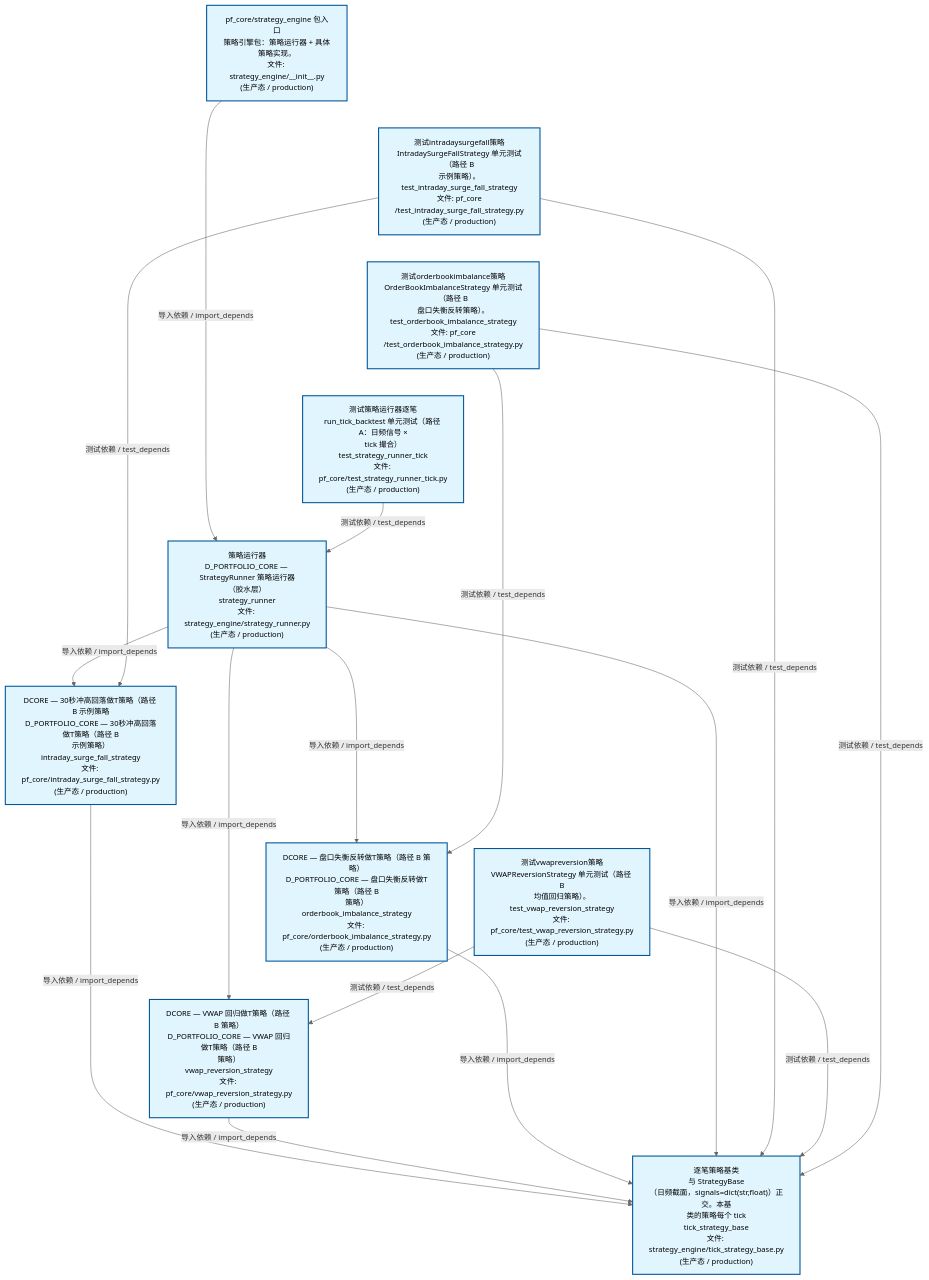
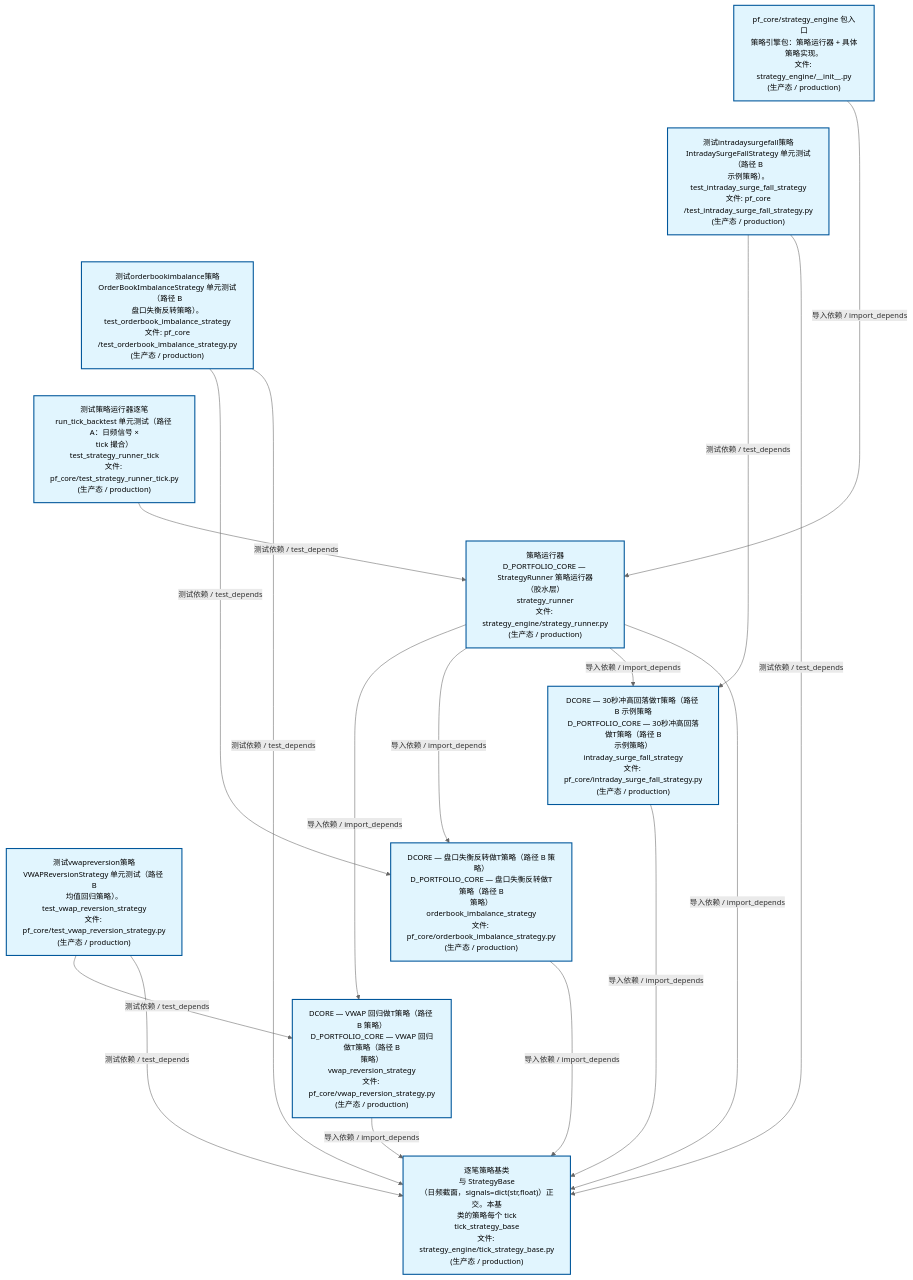
One commit to xuanFelixVan/ZephyrAlpha changed the second of 4 diagrams in docs/02_enterprise_architecture/02_domain_architecture_docs/63_d_pf_core.md. Above: the diagram before and after it, drawn with Mermaid. The commit also changed other lines of this file and 41 other files, not shown here.

````diff
--- a/docs/02_enterprise_architecture/02_domain_architecture_docs/63_d_pf_core.md
+++ b/docs/02_enterprise_architecture/02_domain_architecture_docs/63_d_pf_core.md
@@ -135,40 +135,40 @@
 ```mermaid
 %%{init: {'theme': 'base', 'themeVariables': {'primaryColor': '#eaeaea', 'primaryTextColor': '#333333', 'primaryBorderColor': '#666666', 'lineColor': '#666666', 'secondaryColor': '#eaeaea', 'tertiaryColor': '#eaeaea', 'fontSize': '14px'}}}%%
 flowchart TD
     src_zephyr_pf_core_strategy_engine_init_py["pf_core/strategy_engine 包入口<br/>策略引擎包：策略运行器 + 具体策略实现。<br/>文件: strategy_engine/__init__.py<br/>(生产态 / production)"]
     tests_pf_core_test_intraday_surge_fall_strategy_py["测试intradaysurgefall策略<br/>IntradaySurgeFallStrategy 单元测试（路径 B<br/>示例策略）。<br/>test_intraday_surge_fall_strategy<br/>文件: pf_core<br/>/test_intraday_surge_fall_strategy.py<br/>(生产态 / production)"]
     tests_pf_core_test_orderbook_imbalance_strategy_py["测试orderbookimbalance策略<br/>OrderBookImbalanceStrategy 单元测试（路径 B<br/>盘口失衡反转策略）。<br/>test_orderbook_imbalance_strategy<br/>文件: pf_core<br/>/test_orderbook_imbalance_strategy.py<br/>(生产态 / production)"]
     tests_pf_core_test_strategy_runner_tick_py["测试策略运行器逐笔<br/>run_tick_backtest 单元测试（路径 A：日频信号 ×<br/>tick 撮合）<br/>test_strategy_runner_tick<br/>文件: pf_core/test_strategy_runner_tick.py<br/>(生产态 / production)"]
     tests_pf_core_test_vwap_reversion_strategy_py["测试vwapreversion策略<br/>VWAPReversionStrategy 单元测试（路径 B<br/>均值回归策略）。<br/>test_vwap_reversion_strategy<br/>文件: pf_core/test_vwap_reversion_strategy.py<br/>(生产态 / production)"]
     src_zephyr_pf_core_strategy_engine_init_py ~~~ tests_pf_core_test_intraday_surge_fall_strategy_py
     tests_pf_core_test_intraday_surge_fall_strategy_py ~~~ tests_pf_core_test_orderbook_imbalance_strategy_py
     tests_pf_core_test_orderbook_imbalance_strategy_py ~~~ tests_pf_core_test_strategy_runner_tick_py
     tests_pf_core_test_strategy_runner_tick_py ~~~ tests_pf_core_test_vwap_reversion_strategy_py
     src_zephyr_pf_core_strategy_engine_strategy_runner_py["策略运行器<br/>D_PORTFOLIO_CORE — StrategyRunner 策略运行器<br/>（胶水层）<br/>strategy_runner<br/>文件: strategy_engine/strategy_runner.py<br/>(生产态 / production)"]
     src_zephyr_pf_core_intraday_surge_fall_strategy_py["DCORE — 30秒冲高回落做T策略（路径 B 示例策略<br/>D_PORTFOLIO_CORE — 30秒冲高回落做T策略（路径 B<br/>示例策略）<br/>intraday_surge_fall_strategy<br/>文件: pf_core/intraday_surge_fall_strategy.py<br/>(生产态 / production)"]
     src_zephyr_pf_core_orderbook_imbalance_strategy_py["DCORE — 盘口失衡反转做T策略（路径 B 策略）<br/>D_PORTFOLIO_CORE — 盘口失衡反转做T策略（路径 B<br/>策略）<br/>orderbook_imbalance_strategy<br/>文件: pf_core/orderbook_imbalance_strategy.py<br/>(生产态 / production)"]
     src_zephyr_pf_core_vwap_reversion_strategy_py["DCORE — VWAP 回归做T策略（路径 B 策略）<br/>D_PORTFOLIO_CORE — VWAP 回归做T策略（路径 B<br/>策略）<br/>vwap_reversion_strategy<br/>文件: pf_core/vwap_reversion_strategy.py<br/>(生产态 / production)"]
     src_zephyr_pf_core_intraday_surge_fall_strategy_py ~~~ src_zephyr_pf_core_orderbook_imbalance_strategy_py
     src_zephyr_pf_core_orderbook_imbalance_strategy_py ~~~ src_zephyr_pf_core_vwap_reversion_strategy_py
     src_zephyr_pf_core_strategy_engine_tick_strategy_base_py["逐笔策略基类<br/>与 StrategyBase<br/>（日频截面，signals=dict(str,float)）正交。本基<br/>类的策略每个 tick<br/>tick_strategy_base<br/>文件: strategy_engine/tick_strategy_base.py<br/>(生产态 / production)"]
-    src_zephyr_pf_core_intraday_surge_fall_strategy_py -->|导入依赖 / import_depends| src_zephyr_pf_core_strategy_engine_tick_strategy_base_py
     src_zephyr_pf_core_vwap_reversion_strategy_py -->|导入依赖 / import_depends| src_zephyr_pf_core_strategy_engine_tick_strategy_base_py
     src_zephyr_pf_core_orderbook_imbalance_strategy_py -->|导入依赖 / import_depends| src_zephyr_pf_core_strategy_engine_tick_strategy_base_py
-    src_zephyr_pf_core_strategy_engine_strategy_runner_py -->|导入依赖 / import_depends| src_zephyr_pf_core_intraday_surge_fall_strategy_py
+    src_zephyr_pf_core_intraday_surge_fall_strategy_py -->|导入依赖 / import_depends| src_zephyr_pf_core_strategy_engine_tick_strategy_base_py
+    src_zephyr_pf_core_strategy_engine_init_py -->|导入依赖 / import_depends| src_zephyr_pf_core_strategy_engine_strategy_runner_py
     src_zephyr_pf_core_strategy_engine_strategy_runner_py -->|导入依赖 / import_depends| src_zephyr_pf_core_vwap_reversion_strategy_py
     src_zephyr_pf_core_strategy_engine_strategy_runner_py -->|导入依赖 / import_depends| src_zephyr_pf_core_orderbook_imbalance_strategy_py
+    src_zephyr_pf_core_strategy_engine_strategy_runner_py -->|导入依赖 / import_depends| src_zephyr_pf_core_intraday_surge_fall_strategy_py
     src_zephyr_pf_core_strategy_engine_strategy_runner_py -->|导入依赖 / import_depends| src_zephyr_pf_core_strategy_engine_tick_strategy_base_py
-    src_zephyr_pf_core_strategy_engine_init_py -->|导入依赖 / import_depends| src_zephyr_pf_core_strategy_engine_strategy_runner_py
     tests_pf_core_test_intraday_surge_fall_strategy_py -->|测试依赖 / test_depends| src_zephyr_pf_core_intraday_surge_fall_strategy_py
     tests_pf_core_test_intraday_surge_fall_strategy_py -->|测试依赖 / test_depends| src_zephyr_pf_core_strategy_engine_tick_strategy_base_py
+    tests_pf_core_test_orderbook_imbalance_strategy_py -->|测试依赖 / test_depends| src_zephyr_pf_core_orderbook_imbalance_strategy_py
+    tests_pf_core_test_orderbook_imbalance_strategy_py -->|测试依赖 / test_depends| src_zephyr_pf_core_strategy_engine_tick_strategy_base_py
+    tests_pf_core_test_strategy_runner_tick_py -->|测试依赖 / test_depends| src_zephyr_pf_core_strategy_engine_strategy_runner_py
     tests_pf_core_test_vwap_reversion_strategy_py -->|测试依赖 / test_depends| src_zephyr_pf_core_vwap_reversion_strategy_py
     tests_pf_core_test_vwap_reversion_strategy_py -->|测试依赖 / test_depends| src_zephyr_pf_core_strategy_engine_tick_strategy_base_py
-    tests_pf_core_test_strategy_runner_tick_py -->|测试依赖 / test_depends| src_zephyr_pf_core_strategy_engine_strategy_runner_py
-    tests_pf_core_test_orderbook_imbalance_strategy_py -->|测试依赖 / test_depends| src_zephyr_pf_core_orderbook_imbalance_strategy_py
-    tests_pf_core_test_orderbook_imbalance_strategy_py -->|测试依赖 / test_depends| src_zephyr_pf_core_strategy_engine_tick_strategy_base_py
     classDef production fill:#e1f5fe,stroke:#01579b,stroke-width:2px,color:#000
     classDef design fill:#fff3e0,stroke:#e65100,stroke-width:2px,color:#000,stroke-dasharray: 5 5
     classDef external_prod fill:#e8f4fd,stroke:#0277bd,stroke-width:1px,color:#000
     classDef external_design fill:#fff8e7,stroke:#ef6c00,stroke-width:1px,color:#000,stroke-dasharray: 5 5
     class src_zephyr_pf_core_intraday_surge_fall_strategy_py,src_zephyr_pf_core_orderbook_imbalance_strategy_py,src_zephyr_pf_core_strategy_engine_init_py,src_zephyr_pf_core_strategy_engine_strategy_runner_py,src_zephyr_pf_core_strategy_engine_tick_strategy_base_py,src_zephyr_pf_core_vwap_reversion_strategy_py,tests_pf_core_test_intraday_surge_fall_strategy_py,tests_pf_core_test_orderbook_imbalance_strategy_py,tests_pf_core_test_strategy_runner_tick_py,tests_pf_core_test_vwap_reversion_strategy_py production
 ```
````
